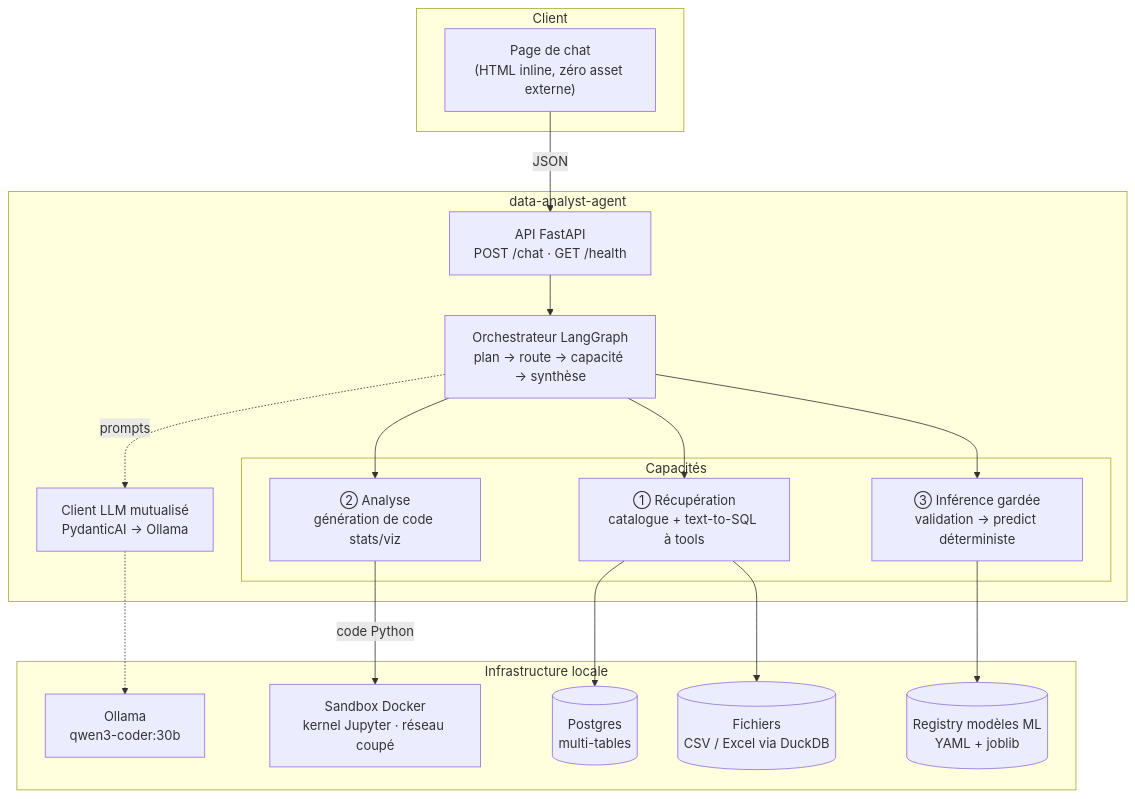
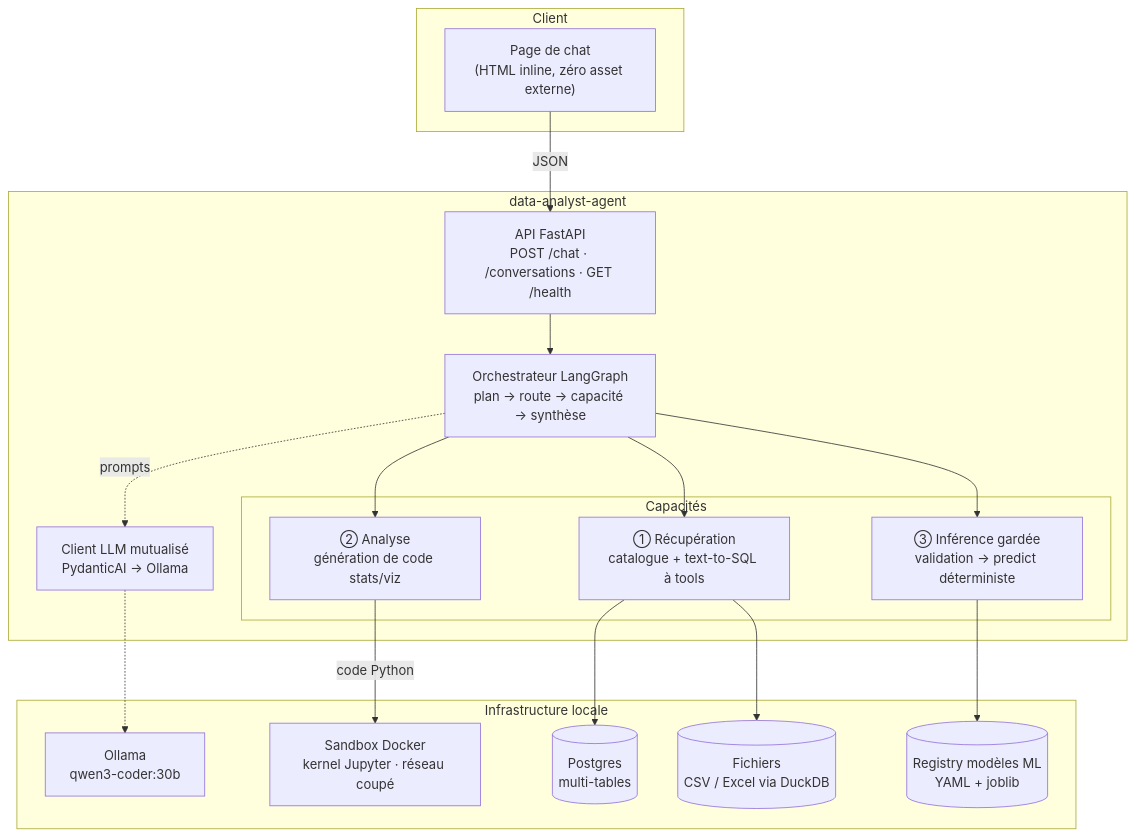
Before and after one commit to floSa/data-analyst-agent: the first of 3 diagrams in docs/ARCHITECTURE.md, drawn with Mermaid. The commit also changed other lines of this file and 1 other file, not shown here.

Commit message:
docs: persistance des conversations (routes, barre latérale, limites)

````diff
--- a/docs/ARCHITECTURE.md
+++ b/docs/ARCHITECTURE.md
@@ -23,33 +23,33 @@
 ```mermaid
 flowchart TB
     subgraph client["Client"]
         UI["Page de chat<br/>(HTML inline, zéro asset externe)"]
     end
 
     subgraph app["data-analyst-agent"]
-        API["API FastAPI<br/>POST /chat · GET /health"]
+        API["API FastAPI<br/>POST /chat · /conversations · GET /health"]
         ORCH["Orchestrateur LangGraph<br/>plan → route → capacité → synthèse"]
         LLM["Client LLM mutualisé<br/>PydanticAI → Ollama"]
 
         subgraph caps["Capacités"]
             RET["① Récupération<br/>catalogue + text-to-SQL à tools"]
             ANA["② Analyse<br/>génération de code stats/viz"]
             INF["③ Inférence gardée<br/>validation → predict déterministe"]
         end
     end
 
     subgraph infra["Infrastructure locale"]
         OLLAMA["Ollama<br/>qwen3-coder:30b"]
         SBX["Sandbox Docker<br/>kernel Jupyter · réseau coupé"]
         PG[("Postgres<br/>multi-tables")]
         FILES[("Fichiers<br/>CSV / Excel via DuckDB")]
         REG[("Registry modèles ML<br/>YAML + joblib")]
     end
 
     UI -->|JSON| API --> ORCH
     ORCH --> RET & ANA & INF
     ORCH -.->|prompts| LLM -.-> OLLAMA
     RET --> PG & FILES
     ANA -->|code Python| SBX
     INF --> REG
 ```
````
